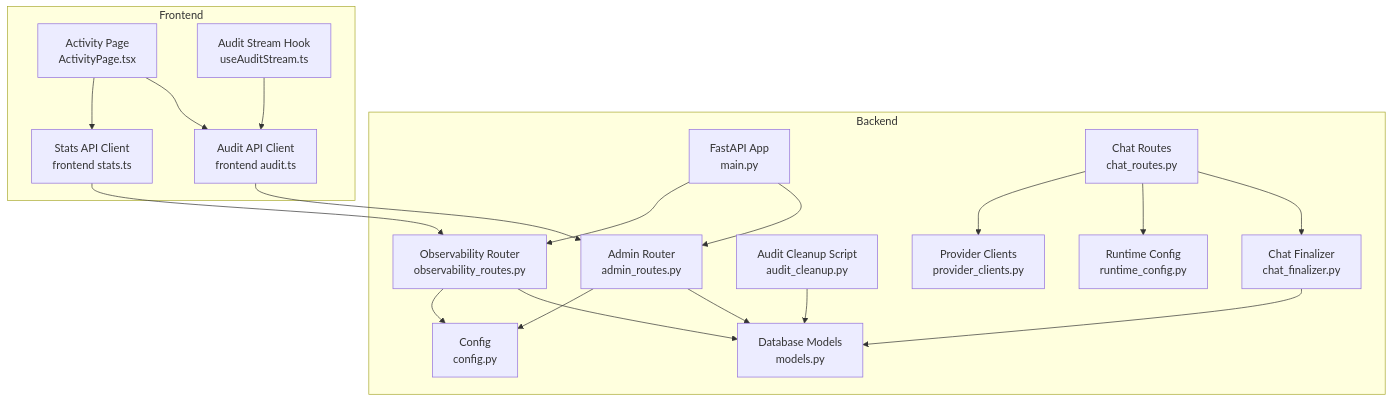
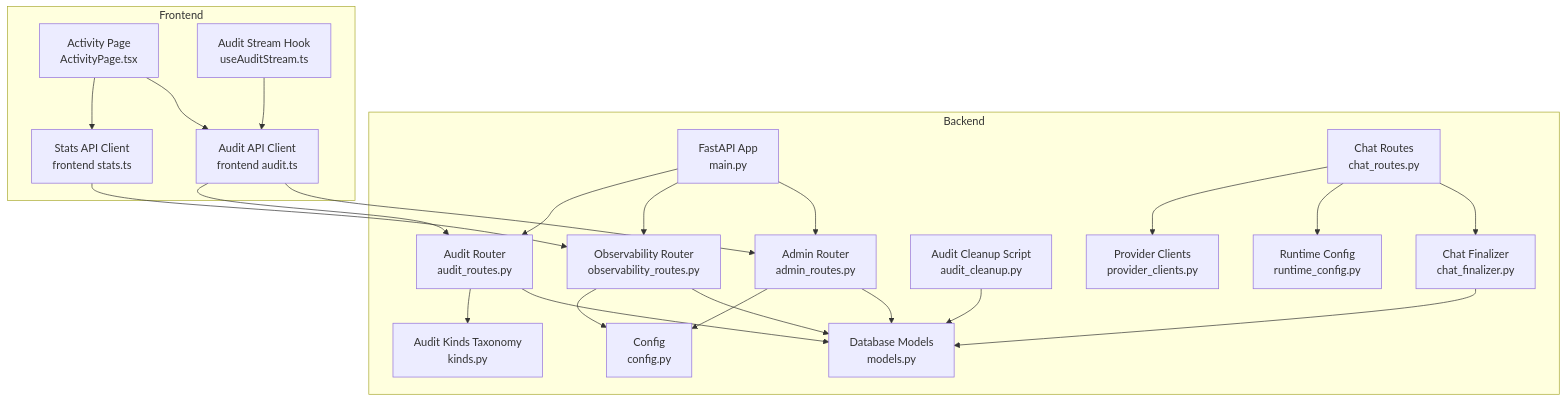
Before and after one commit to genes8/private-ai: the first of 12 diagrams in .qoder/repowiki/en/content/API Reference/Administrative API/Audit and Monitoring API.md, drawn with Mermaid. The commit also changed other lines of this file and 36 other files, not shown here.

````diff
--- a/.qoder/repowiki/en/content/API Reference/Administrative API/Audit and Monitoring API.md
+++ b/.qoder/repowiki/en/content/API Reference/Administrative API/Audit and Monitoring API.md
@@ -57,37 +67,43 @@
 ```mermaid
 graph TB
 subgraph "Backend"
 M["FastAPI App<br/>main.py"]
 AR["Admin Router<br/>admin_routes.py"]
 OR["Observability Router<br/>observability_routes.py"]
+AUDR["Audit Router<br/>audit_routes.py"]
 DBM["Database Models<br/>models.py"]
+KINDS["Audit Kinds Taxonomy<br/>kinds.py"]
 CFG["Config<br/>config.py"]
 CLEAN["Audit Cleanup Script<br/>audit_cleanup.py"]
 CR["Chat Routes<br/>chat_routes.py"]
 CF["Chat Finalizer<br/>chat_finalizer.py"]
 RC["Runtime Config<br/>runtime_config.py"]
 PC["Provider Clients<br/>provider_clients.py"]
 end
 subgraph "Frontend"
 AUD["Audit API Client<br/>frontend audit.ts"]
 STS["Stats API Client<br/>frontend stats.ts"]
 ACT["Activity Page<br/>ActivityPage.tsx"]
 UAS["Audit Stream Hook<br/>useAuditStream.ts"]
 end
 M --> AR
 M --> OR
+M --> AUDR
 AR --> DBM
 OR --> DBM
+AUDR --> DBM
 AR --> CFG
 OR --> CFG
+AUDR --> KINDS
 CR --> CF
 CR --> RC
 CR --> PC
 CF --> DBM
 CLEAN --> DBM
 AUD --> AR
+AUD --> AUDR
 STS --> OR
 ACT --> AUD
 ACT --> STS
 UAS --> AUD
 ```
````
